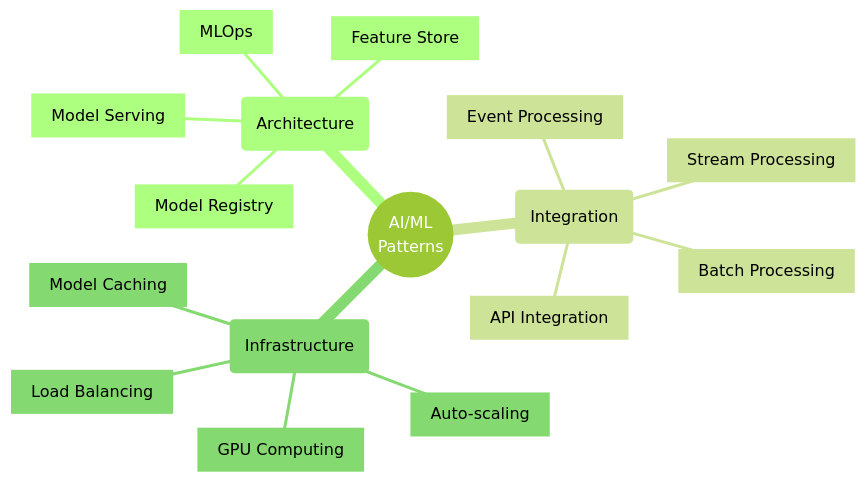
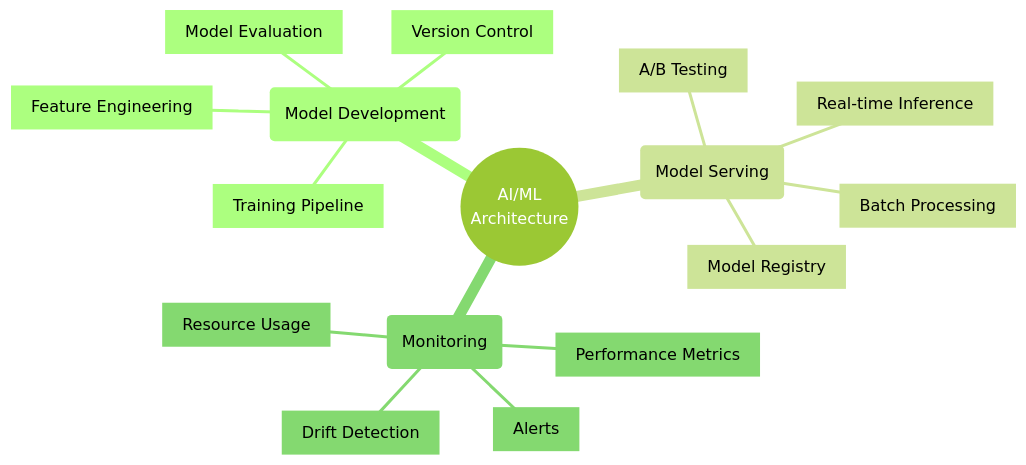
Before and after one commit to saravanakumarrc/Architecture_Journey: the first of 7 diagrams in src/AI_ML_Application_Patterns.md, drawn with Mermaid (forest theme). The commit also changed other lines of this file and 2 other files, not shown here.

Commit message:
Enhance High Availability Design documentation with core concepts, redundancy models, and recovery strategies; improve clarity and structure of monitoring and disaster recovery sections.

````diff
--- a/src/AI_ML_Application_Patterns.md
+++ b/src/AI_ML_Application_Patterns.md
@@ -3,20 +5,20 @@
 ```mermaid
 mindmap
     root((AI/ML
-        Patterns))
-        (Architecture)
-            [MLOps]
-            [Model Serving]
-            [Feature Store]
+        Architecture))
+        (Model Development)
+            [Feature Engineering]
+            [Training Pipeline]
+            [Model Evaluation]
+            [Version Control]
+        (Model Serving)
+            [Real-time Inference]
+            [Batch Processing]
             [Model Registry]
-        (Integration)
-            [API Integration]
-            [Event Processing]
-            [Batch Processing]
-            [Stream Processing]
-        (Infrastructure)
-            [GPU Computing]
-            [Auto-scaling]
-            [Model Caching]
-            [Load Balancing]
+            [A/B Testing]
+        (Monitoring)
+            [Performance Metrics]
+            [Drift Detection]
+            [Resource Usage]
+            [Alerts]
 ```
````
